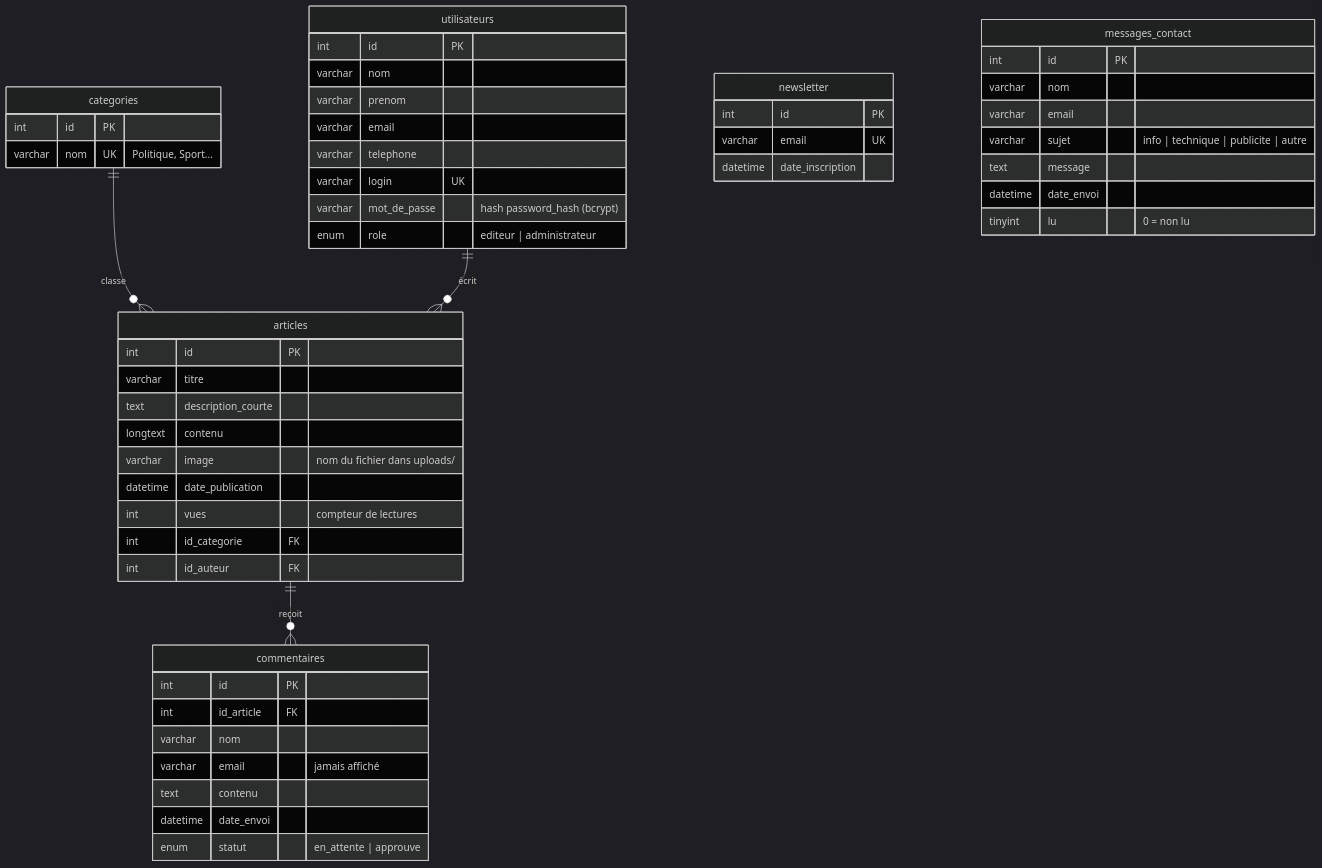
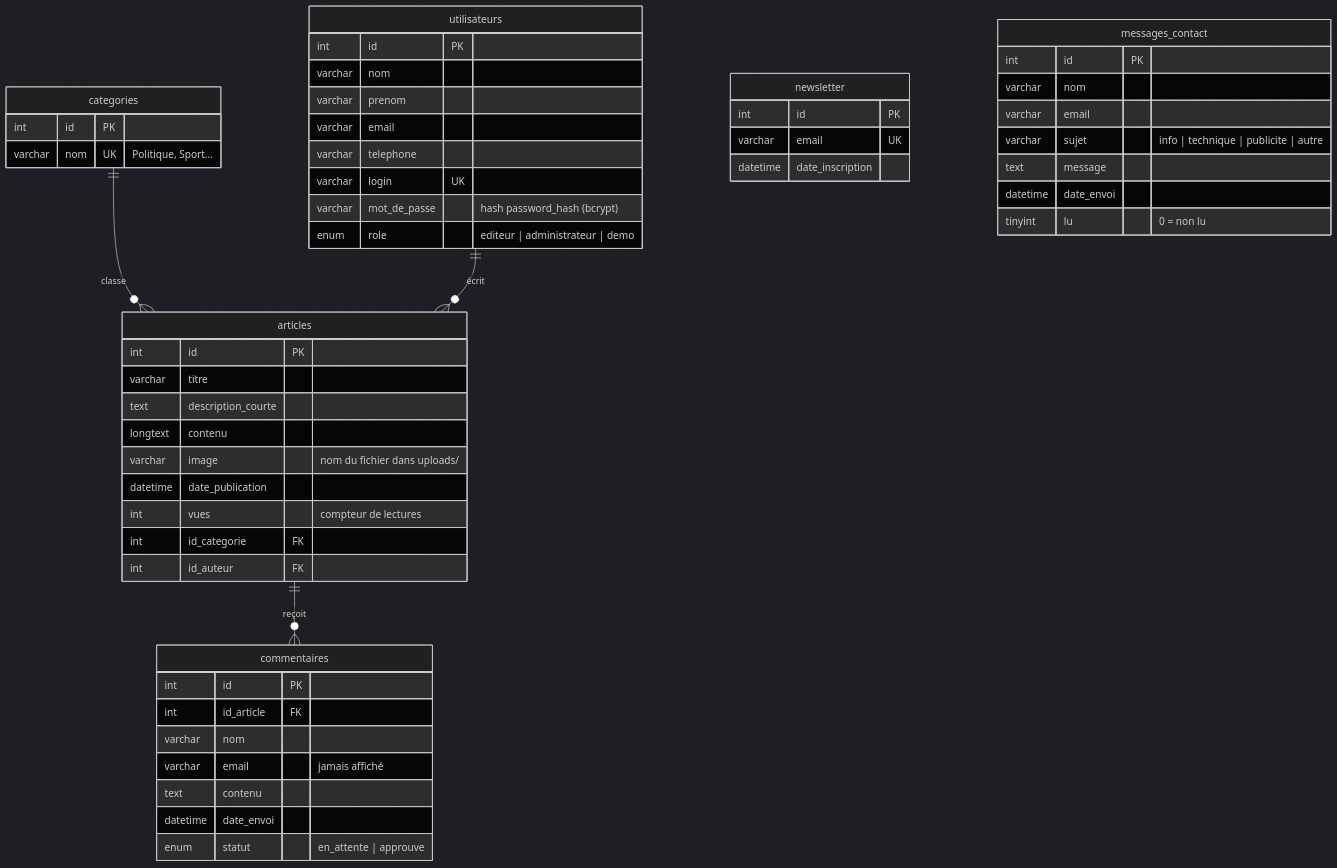
The diagram in docs/base-de-donnees.md (lambiss12-hue/Xibaar_Yi), drawn with Mermaid (dark theme) before and after one commit. The commit also changed other lines of this file and 25 other files, not shown here.

````diff
--- a/docs/base-de-donnees.md
+++ b/docs/base-de-donnees.md
@@ -8,55 +8,55 @@
 ```mermaid
 erDiagram
     categories ||--o{ articles : "classe"
     utilisateurs ||--o{ articles : "écrit"
     articles ||--o{ commentaires : "reçoit"
 
     categories {
         int id PK
         varchar nom UK "Politique, Sport..."
     }
     utilisateurs {
         int id PK
         varchar nom
         varchar prenom
         varchar email
         varchar telephone
         varchar login UK
         varchar mot_de_passe "hash password_hash (bcrypt)"
-        enum role "editeur | administrateur"
+        enum role "editeur | administrateur | demo"
     }
     articles {
         int id PK
         varchar titre
         text description_courte
         longtext contenu
         varchar image "nom du fichier dans uploads/"
         datetime date_publication
         int vues "compteur de lectures"
         int id_categorie FK
         int id_auteur FK
     }
     commentaires {
         int id PK
         int id_article FK
         varchar nom
         varchar email "jamais affiché"
         text contenu
         datetime date_envoi
         enum statut "en_attente | approuve"
     }
     newsletter {
         int id PK
         varchar email UK
         datetime date_inscription
     }
     messages_contact {
         int id PK
         varchar nom
         varchar email
         varchar sujet "info | technique | publicite | autre"
         text message
         datetime date_envoi
         tinyint lu "0 = non lu"
     }
 ```
````
